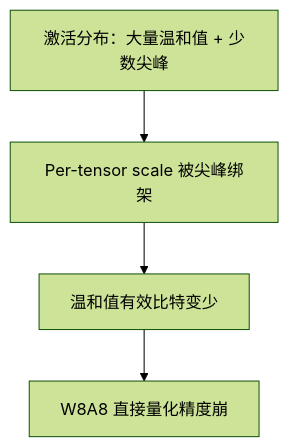
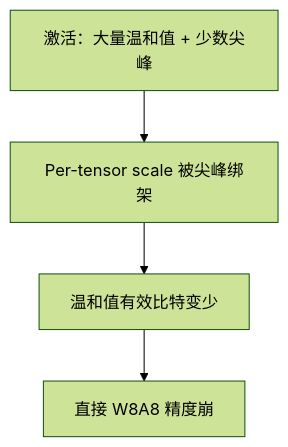
One commit to tqm6666/AIInfraGuide changed the diagram in docs/guides/模块四-推理优化/第4章-量化/4.2-W8A8-SmoothQuant.md. Above: the diagram before and after it, drawn with Mermaid (forest theme). The commit also changed other lines of this file and 6 other files, not shown here.

````diff
--- a/docs/guides/模块四-推理优化/第4章-量化/4.2-W8A8-SmoothQuant.md
+++ b/docs/guides/模块四-推理优化/第4章-量化/4.2-W8A8-SmoothQuant.md
@@ -54,6 +59,6 @@
 ```mermaid
 flowchart TD
-    A["激活分布：大量温和值 + 少数尖峰"] --> B["Per-tensor scale 被尖峰绑架"]
+    A["激活：大量温和值 + 少数尖峰"] --> B["Per-tensor scale 被尖峰绑架"]
     B --> C["温和值有效比特变少"]
-    C --> D["W8A8 直接量化精度崩"]
+    C --> D["直接 W8A8 精度崩"]
 ```
````
